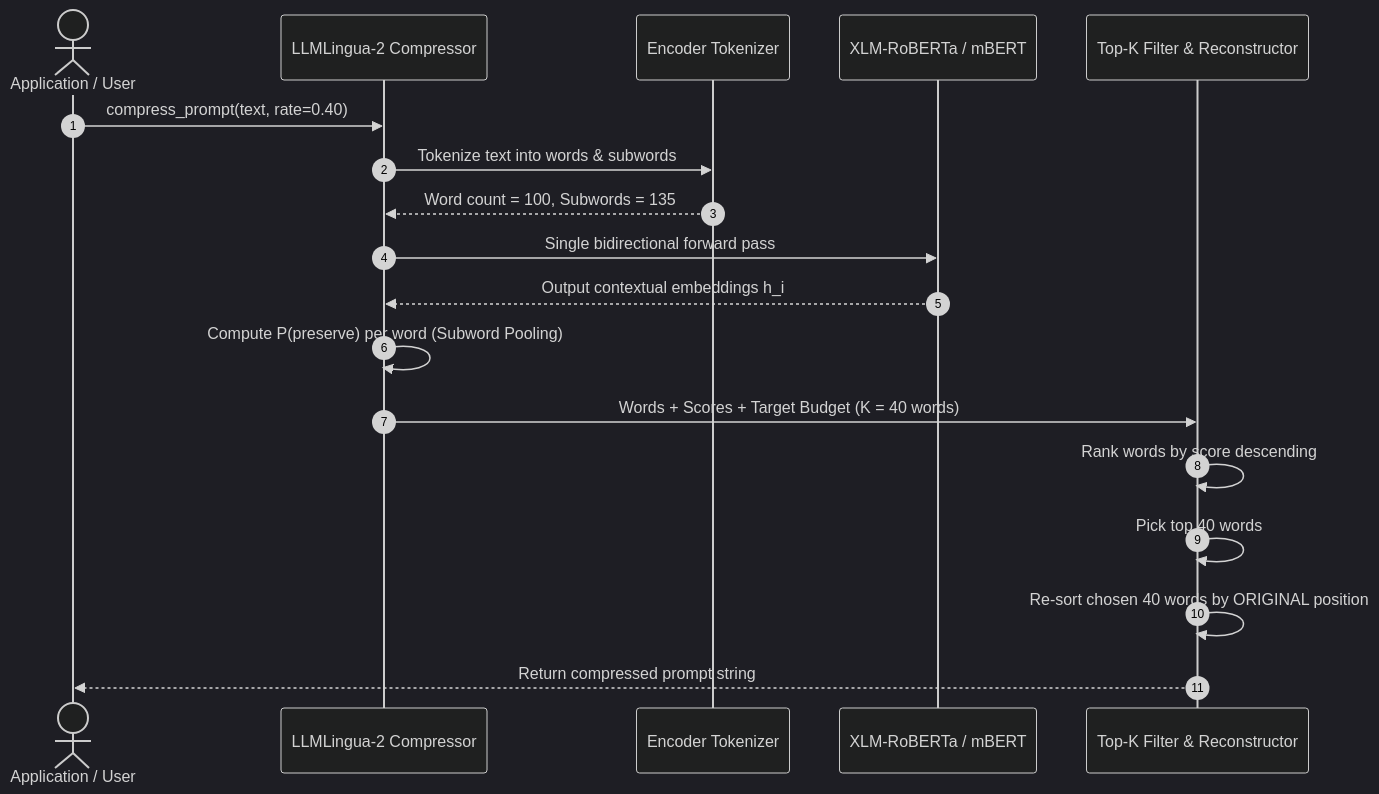
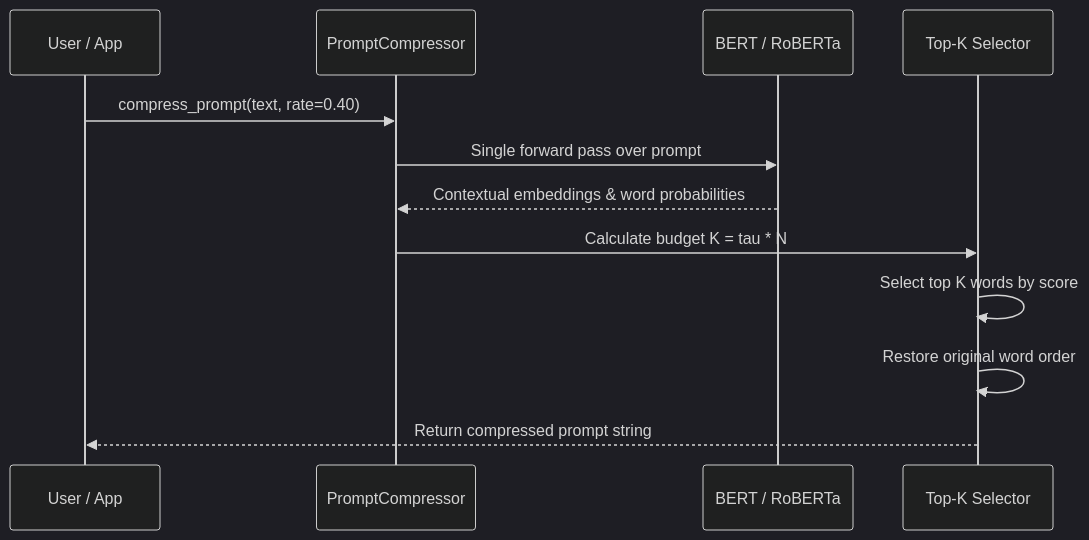
One commit to Othmane197/Prompt-Compression-for-LLM-s changed the second of 2 diagrams in llmlingua_2_explained.md. Above: the diagram before and after it, drawn with Mermaid (dark theme). The commit also changed other lines of this file, not shown here.

Commit message:
fix(docs): fix Mermaid diagram syntax, add ASCII diagrams, and demystify math formulation with toy numerical examples

````diff
--- a/llmlingua_2_explained.md
+++ b/llmlingua_2_explained.md
@@ -306,21 +388,15 @@
 ```mermaid
 sequenceDiagram
-    autonumber
-    actor User as Application / User
-    participant Comp as LLMLingua-2 Compressor
-    participant Tokenizer as Encoder Tokenizer
-    participant BERT as XLM-RoBERTa / mBERT
-    participant Ranker as Top-K Filter & Reconstructor
+    participant User as User / App
+    participant Comp as PromptCompressor
+    participant Enc as BERT / RoBERTa
+    participant Rank as Top-K Selector
 
     User->>Comp: compress_prompt(text, rate=0.40)
-    Comp->>Tokenizer: Tokenize text into words & subwords
-    Tokenizer-->>Comp: Word count = 100, Subwords = 135
-    Comp->>BERT: Single bidirectional forward pass
-    BERT-->>Comp: Output contextual embeddings h_i
-    Comp->>Comp: Compute P(preserve) per word (Subword Pooling)
-    Comp->>Ranker: Words + Scores + Target Budget (K = 40 words)
-    Ranker->>Ranker: Rank words by score descending
-    Ranker->>Ranker: Pick top 40 words
-    Ranker->>Ranker: Re-sort chosen 40 words by ORIGINAL position
-    Ranker-->>User: Return compressed prompt string
+    Comp->>Enc: Single forward pass over prompt
+    Enc-->>Comp: Contextual embeddings & word probabilities
+    Comp->>Rank: Calculate budget K = tau * N
+    Rank->>Rank: Select top K words by score
+    Rank->>Rank: Restore original word order
+    Rank-->>User: Return compressed prompt string
 ```
````
